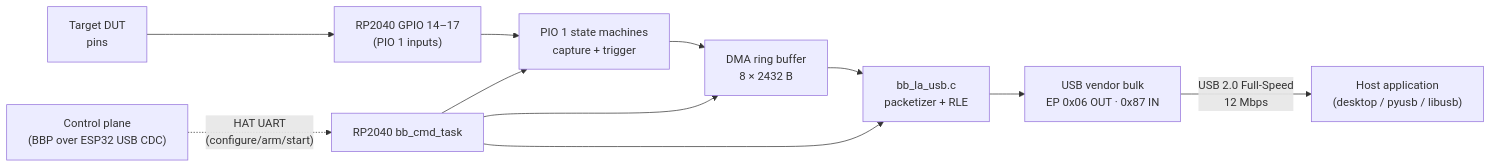
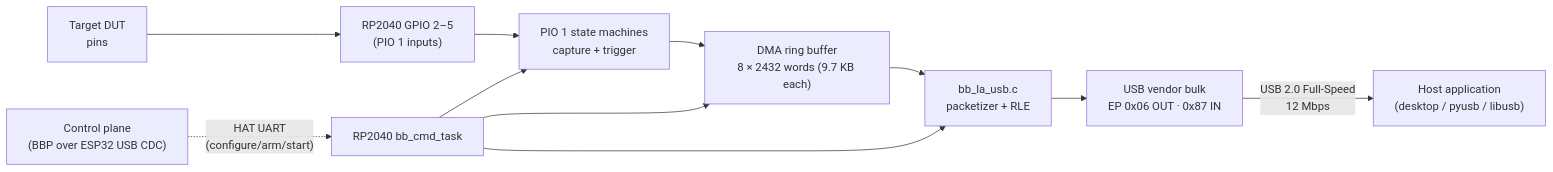
One commit to lollokara/BugBuster changed the diagram in Docs/LogicAnalyzer.md. Above: the diagram before and after it, drawn with Mermaid. The commit also changed other lines of this file and 16 other files, not shown here.

````diff
--- a/Docs/LogicAnalyzer.md
+++ b/Docs/LogicAnalyzer.md
@@ -13,14 +13,14 @@
 ```mermaid
 flowchart LR
-  TGT["Target DUT\npins"] --> GPIOIN["RP2040 GPIO 14–17\n(PIO 1 inputs)"]
+  TGT["Target DUT\npins"] --> GPIOIN["RP2040 GPIO 2–5\n(PIO 1 inputs)"]
   GPIOIN --> PIO["PIO 1 state machines\ncapture + trigger"]
-  PIO --> DMA["DMA ring buffer\n8 × 2432 B"]
+  PIO --> DMA["DMA ring buffer\n8 × 2432 words (9.7 KB each)"]
   DMA --> LAUSB["bb_la_usb.c\npacketizer + RLE"]
   LAUSB --> EP["USB vendor bulk\nEP 0x06 OUT · 0x87 IN"]
   EP -->|"USB 2.0 Full-Speed\n12 Mbps"| HOST["Host application\n(desktop / pyusb / libusb)"]
 
   CTRL["Control plane\n(BBP over ESP32 USB CDC)"] -.->|"HAT UART\n(configure/arm/start)"| CMD["RP2040 bb_cmd_task"]
   CMD --> PIO
   CMD --> DMA
   CMD --> LAUSB
 ```
````
